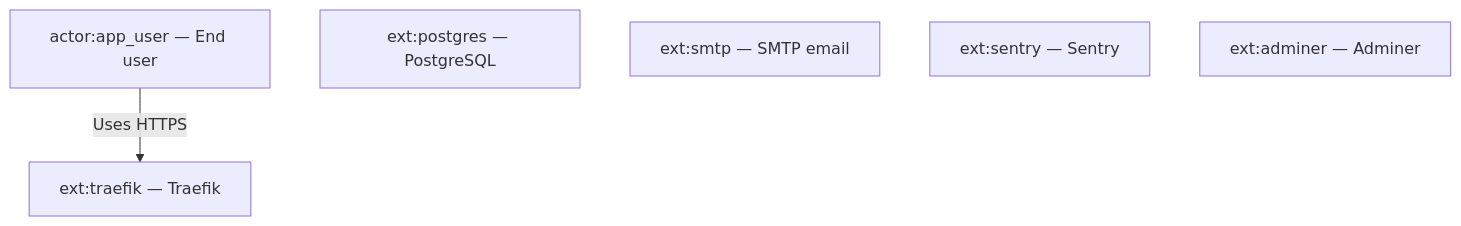
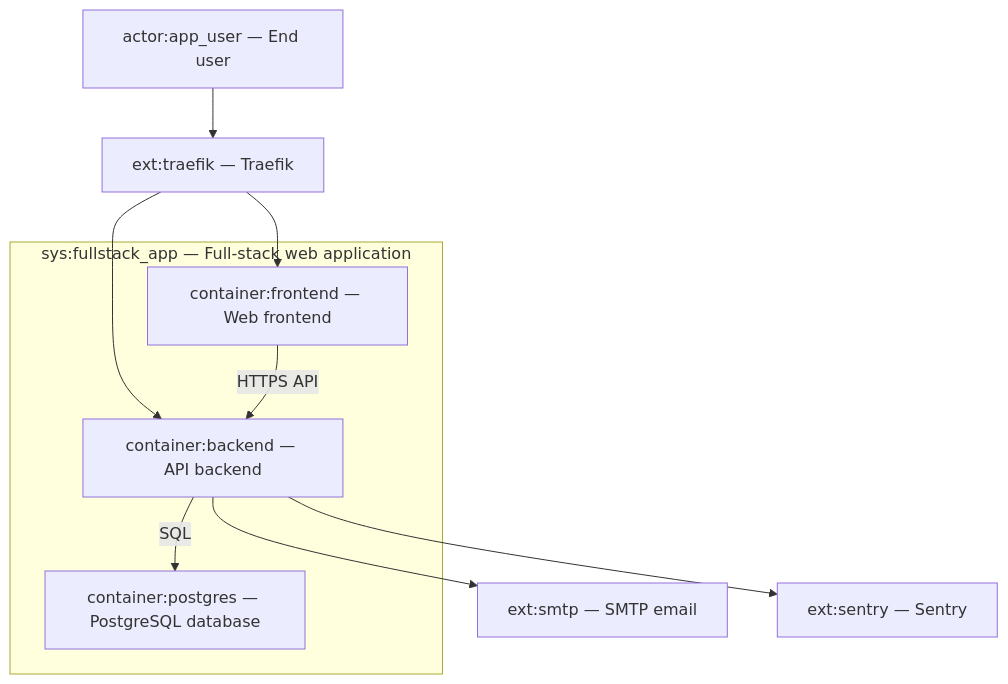
One commit to Decreen/decreen-arch-diff-demo changed the diagram in docs/c4-live.mermaid.md. Above: the diagram before and after it, drawn with Mermaid. The commit also changed 3 other files, not shown here.

````diff
--- a/docs/c4-live.mermaid.md
+++ b/docs/c4-live.mermaid.md
@@ -3,10 +3,19 @@
 ```mermaid
-flowchart TD
+flowchart TB
+  subgraph boundary["sys:fullstack_app — Full-stack web application"]
+    container_frontend["container:frontend — Web frontend"]
+    container_backend["container:backend — API backend"]
+    container_postgres["container:postgres — PostgreSQL database"]
+  end
   actor_app_user["actor:app_user — End user"]
   ext_traefik["ext:traefik — Traefik"]
-  ext_postgres["ext:postgres — PostgreSQL"]
   ext_smtp["ext:smtp — SMTP email"]
   ext_sentry["ext:sentry — Sentry"]
-  ext_adminer["ext:adminer — Adminer"]
-  actor_app_user -->|Uses HTTPS| ext_traefik
+  actor_app_user --> ext_traefik
+  ext_traefik --> container_frontend
+  ext_traefik --> container_backend
+  container_frontend -->|HTTPS API| container_backend
+  container_backend -->|SQL| container_postgres
+  container_backend --> ext_smtp
+  container_backend --> ext_sentry
 ```
````
